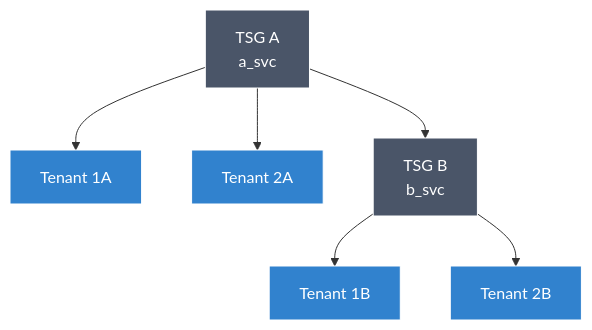
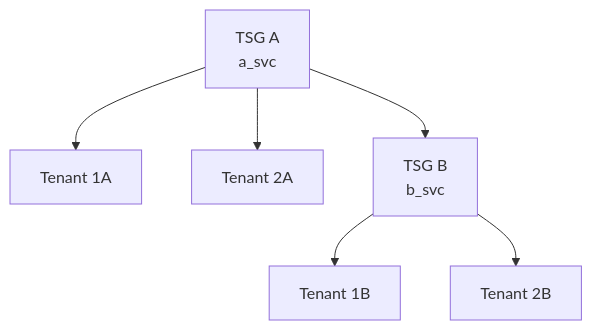
The second of 2 diagrams in aigw/api-reference/admin-api/authentication.mdx (Portkey-AI/docs-core), drawn with Mermaid before and after one commit. The commit also changed other lines of this file and 1 other file, not shown here.

First line of the commit message:
docs(aigw): redraw the Admin API diagrams so the labels stay readable

````diff
--- a/aigw/api-reference/admin-api/authentication.mdx
+++ b/aigw/api-reference/admin-api/authentication.mdx
@@ -163,14 +159,8 @@
 ```mermaid
 graph TD
     TSGA["TSG A<br/>a_svc"] --> T1A[Tenant 1A]
     TSGA --> T2A[Tenant 2A]
     TSGA --> TSGB["TSG B<br/>b_svc"]
     TSGB --> T1B[Tenant 1B]
     TSGB --> T2B[Tenant 2B]
-
-    classDef tsg fill:#4a5568,stroke:#ffffff,color:#ffffff
-    classDef tenant fill:#3182ce,stroke:#ffffff,color:#ffffff
-
-    class TSGA,TSGB tsg
-    class T1A,T2A,T1B,T2B tenant
 ```
````
